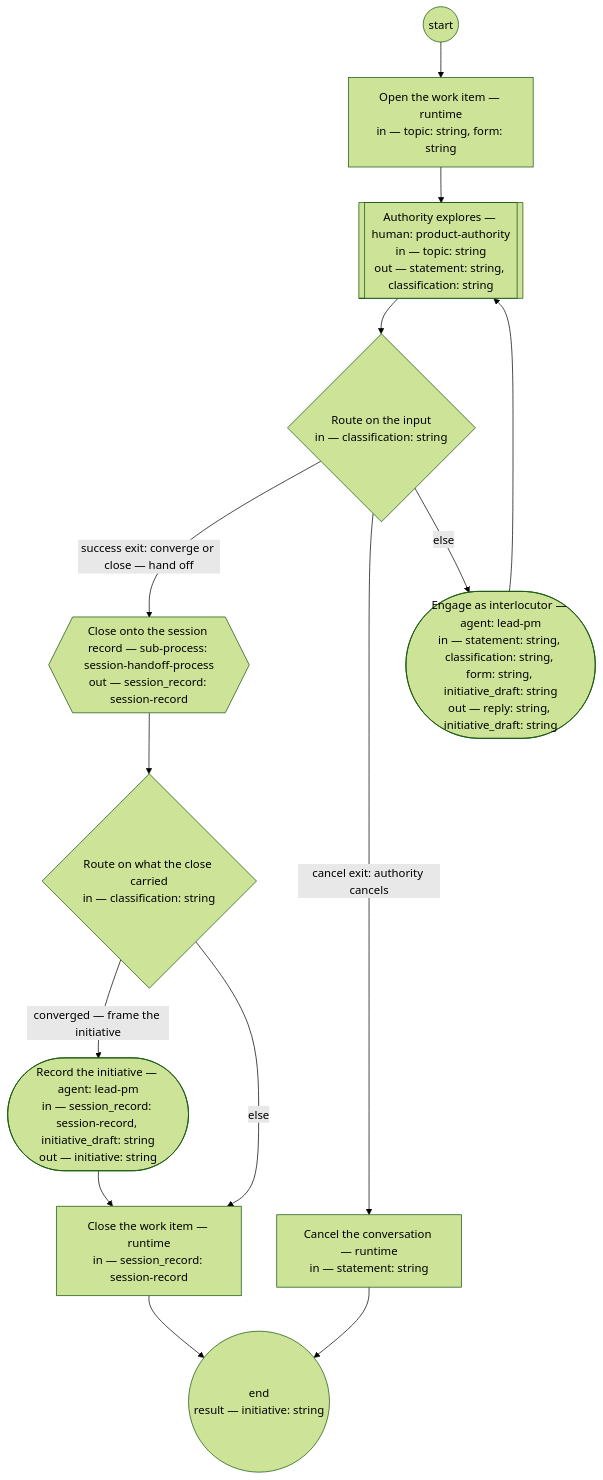
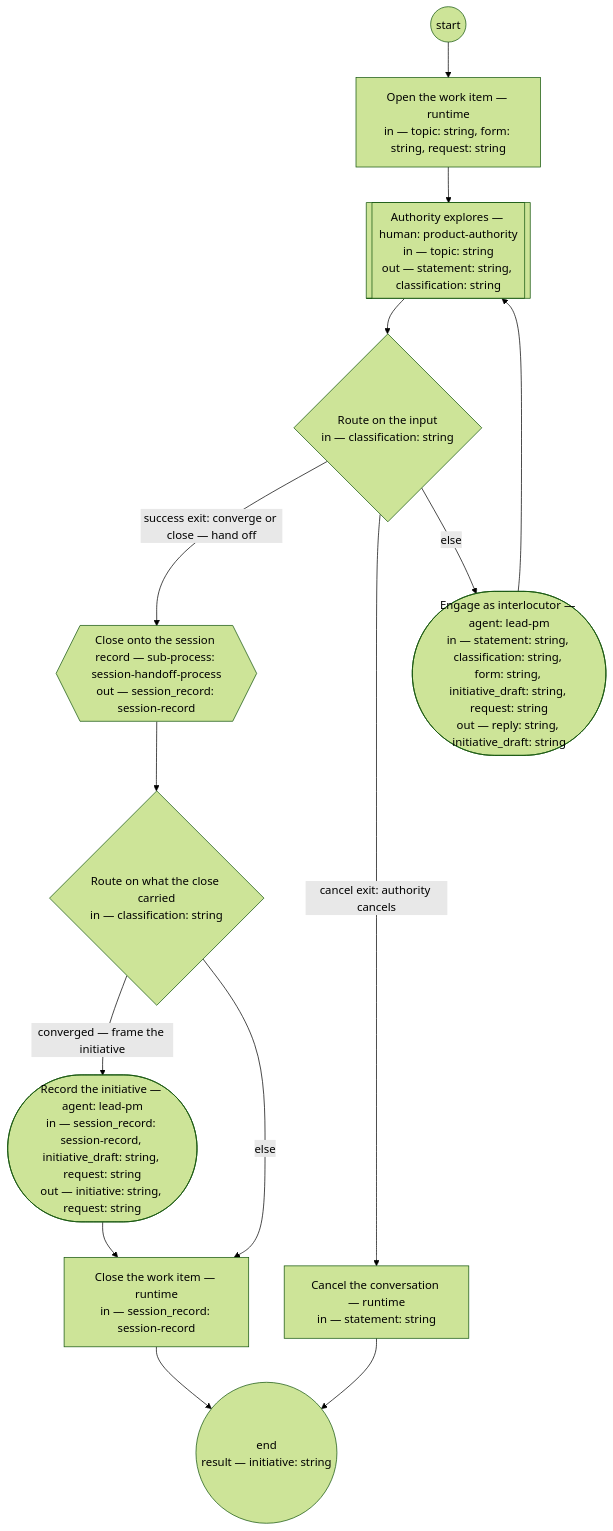
The diagram in basis/processes/discovery-conversation.md (dstengle/shopsystem-product), drawn with Mermaid (forest theme) before and after one commit. The commit also changed other lines of this file and 8 other files, not shown here.

````diff
--- a/basis/processes/discovery-conversation.md
+++ b/basis/processes/discovery-conversation.md
@@ -58,26 +65,26 @@
 ```mermaid
 flowchart TD
-  open["Open the work item — runtime<br/>in — topic: string, form: string"]
+  open["Open the work item — runtime<br/>in — topic: string, form: string, request: string"]
   observe[["Authority explores — human: product-authority<br/>in — topic: string<br/>out — statement: string, classification: string"]]
   route{"Route on the input<br/>in — classification: string"}
-  engage(["Engage as interlocutor — agent: lead-pm<br/>in — statement: string, classification: string, form: string, initiative_draft: string<br/>out — reply: string, initiative_draft: string"])
+  engage(["Engage as interlocutor — agent: lead-pm<br/>in — statement: string, classification: string, form: string, initiative_draft: string, request: string<br/>out — reply: string, initiative_draft: string"])
   handoff{{"Close onto the session record — sub-process: session-handoff-process<br/>out — session_record: session-record"}}
   route_frame{"Route on what the close carried<br/>in — classification: string"}
-  frame(["Record the initiative — agent: lead-pm<br/>in — session_record: session-record, initiative_draft: string<br/>out — initiative: string"])
+  frame(["Record the initiative — agent: lead-pm<br/>in — session_record: session-record, initiative_draft: string, request: string<br/>out — initiative: string, request: string"])
   close_out["Close the work item — runtime<br/>in — session_record: session-record"]
   cancel_out["Cancel the conversation — runtime<br/>in — statement: string"]
   __end(("end<br/>result — initiative: string"))
   __start(("start")) --> open
   open --> observe
   observe --> route
   route -->|success exit: converge or close — hand off| handoff
   route -->|cancel exit: authority cancels| cancel_out
   route -->|else| engage
   engage --> observe
   handoff --> route_frame
   route_frame -->|converged — frame the initiative| frame
   route_frame -->|else| close_out
   frame --> close_out
   close_out --> __end
   cancel_out --> __end
 ```
````
